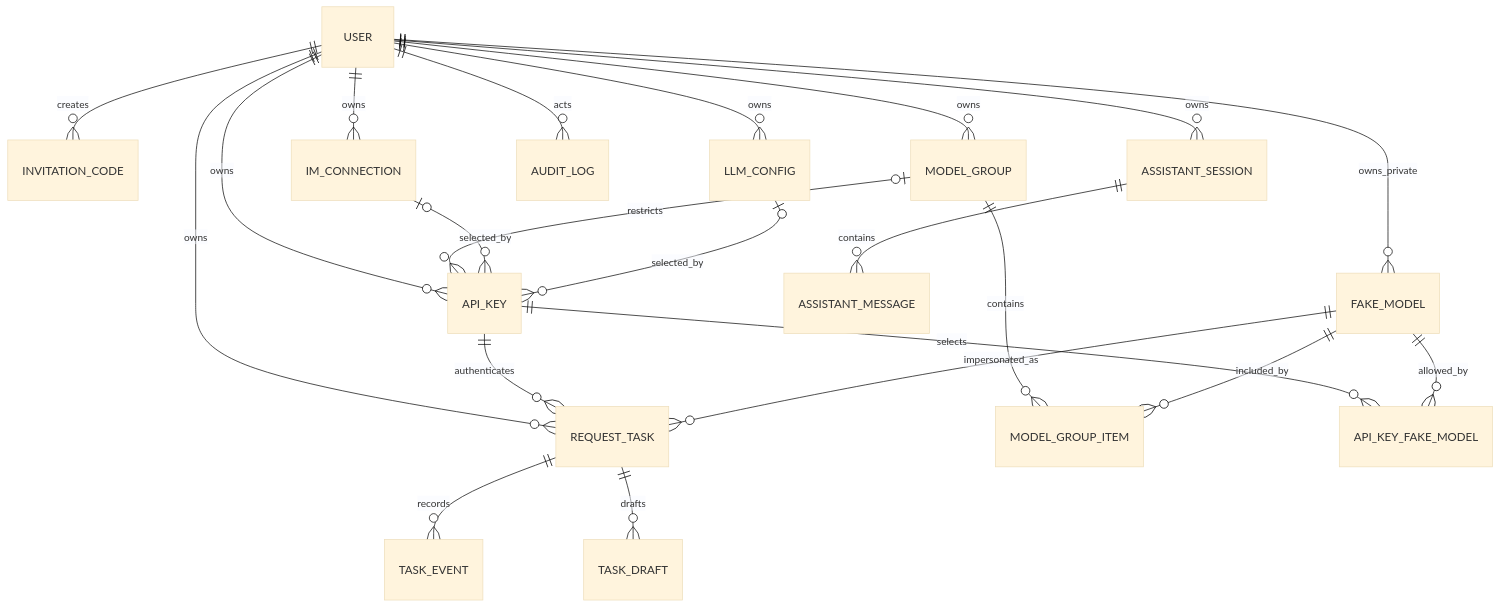
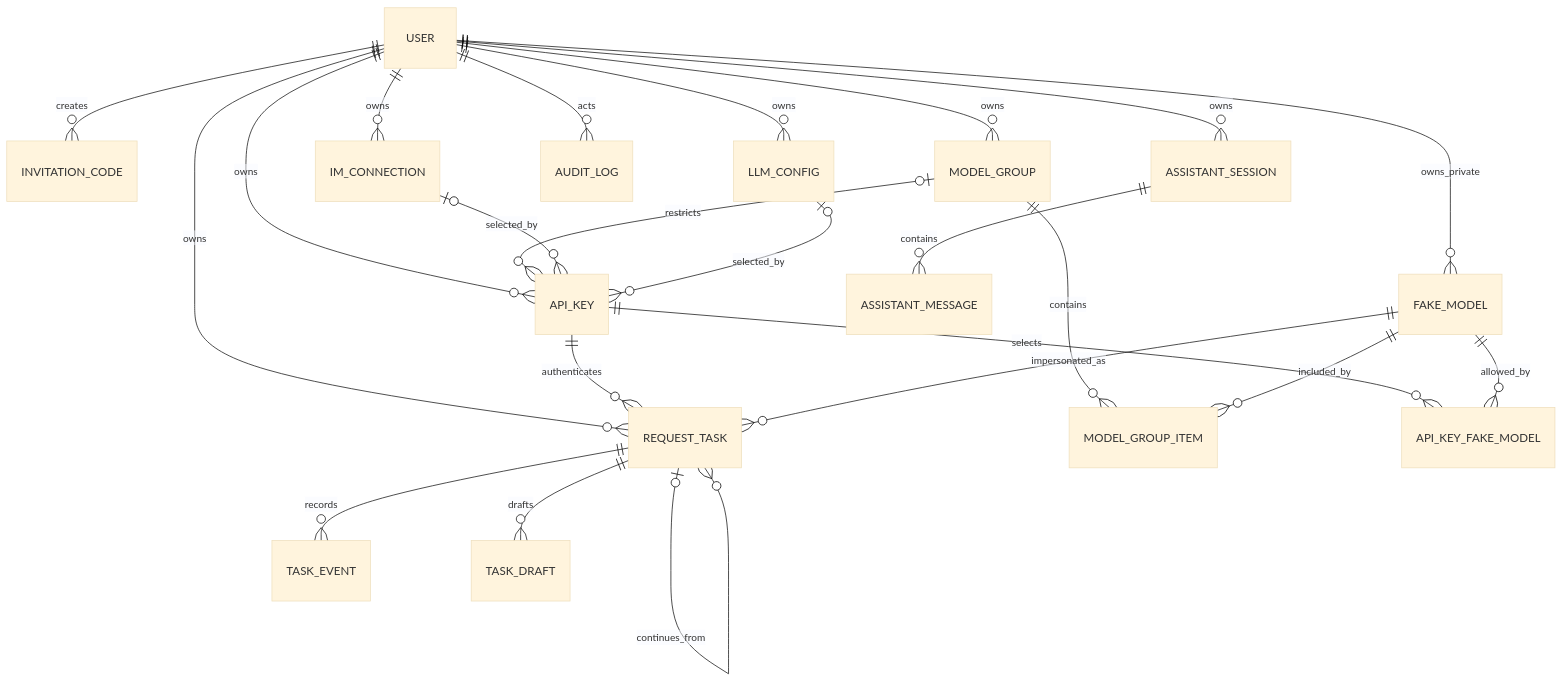
Before and after one commit to GuSheng107/human-llm-gateway: the third of 10 diagrams in docs/ARCHITECTURE.md, drawn with Mermaid (base theme). The commit also changed other lines of this file and 8 other files, not shown here.

Commit message:
docs: 修订 M1 边界与后续路线图

````diff
--- a/docs/ARCHITECTURE.md
+++ b/docs/ARCHITECTURE.md
@@ -93,27 +93,28 @@
 ```mermaid
 erDiagram
     USER ||--o{ INVITATION_CODE : creates
     USER ||--o{ IM_CONNECTION : owns
     USER ||--o{ LLM_CONFIG : owns
     USER ||--o{ API_KEY : owns
     USER ||--o{ REQUEST_TASK : owns
     USER ||--o{ ASSISTANT_SESSION : owns
     USER ||--o{ AUDIT_LOG : acts
 
     USER ||--o{ FAKE_MODEL : owns_private
     USER ||--o{ MODEL_GROUP : owns
     MODEL_GROUP ||--o{ MODEL_GROUP_ITEM : contains
     FAKE_MODEL ||--o{ MODEL_GROUP_ITEM : included_by
     MODEL_GROUP o|--o{ API_KEY : restricts
     API_KEY ||--o{ API_KEY_FAKE_MODEL : selects
     FAKE_MODEL ||--o{ API_KEY_FAKE_MODEL : allowed_by
 
     IM_CONNECTION o|--o{ API_KEY : selected_by
     LLM_CONFIG o|--o{ API_KEY : selected_by
     API_KEY ||--o{ REQUEST_TASK : authenticates
     FAKE_MODEL ||--o{ REQUEST_TASK : impersonated_as
 
     REQUEST_TASK ||--o{ TASK_EVENT : records
     REQUEST_TASK ||--o{ TASK_DRAFT : drafts
+    REQUEST_TASK o|--o{ REQUEST_TASK : continues_from
     ASSISTANT_SESSION ||--o{ ASSISTANT_MESSAGE : contains
 ```
````
